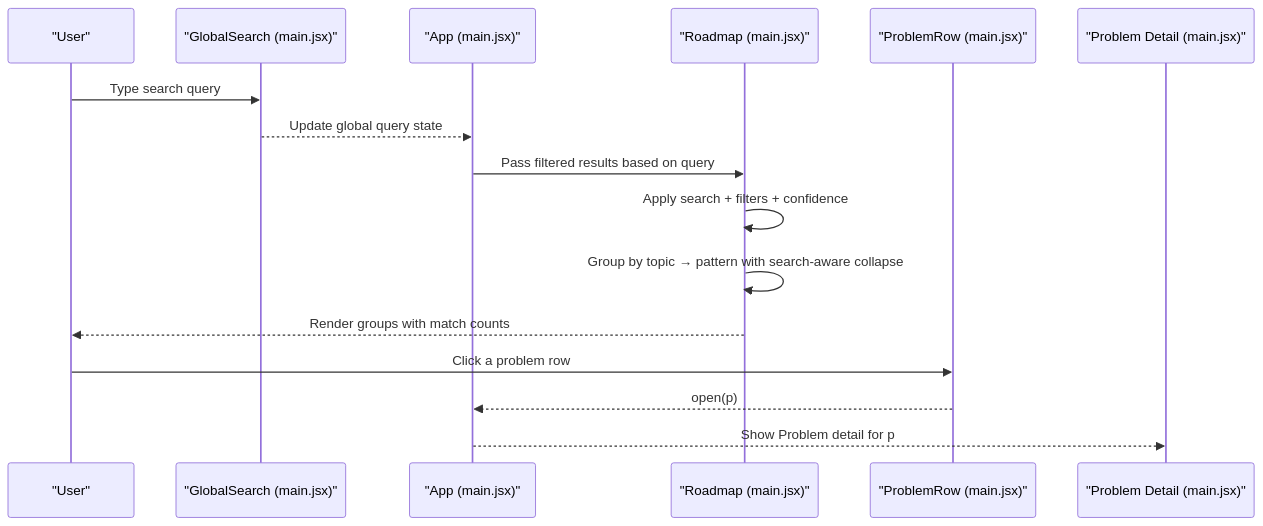
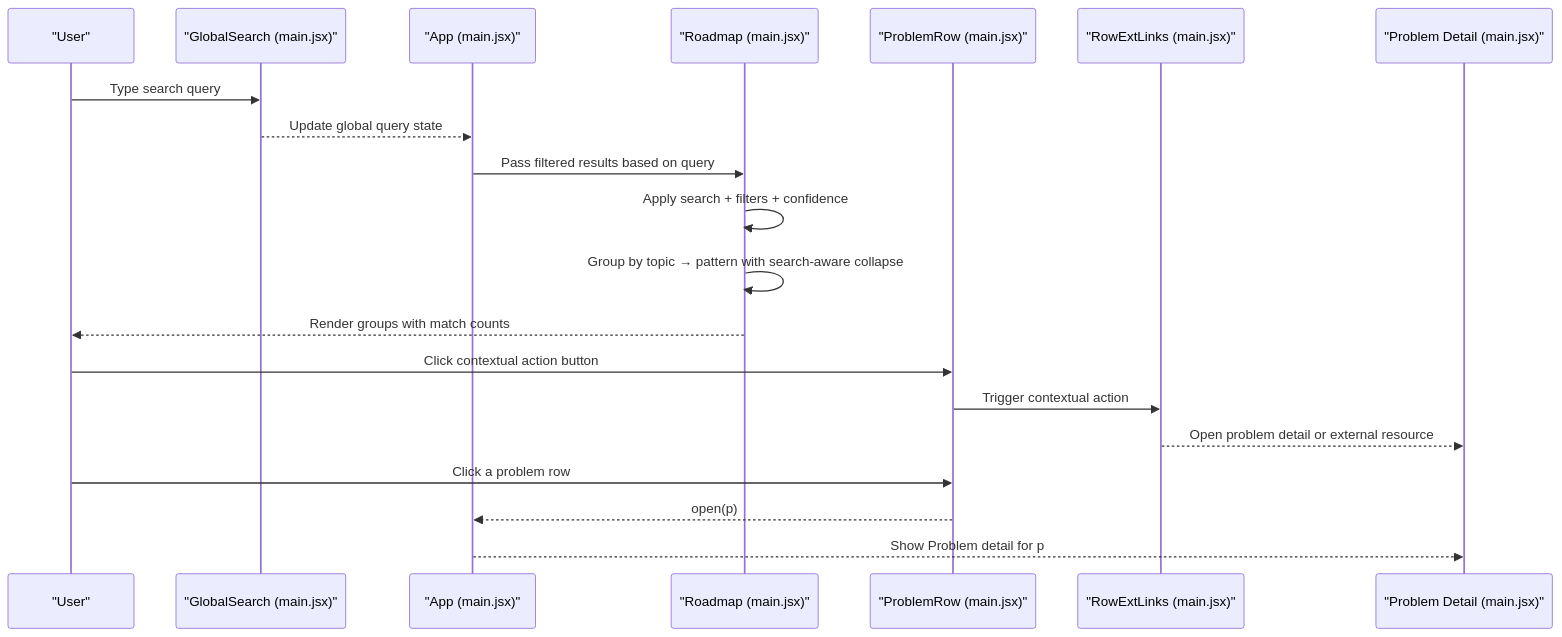
One commit to iamrituraj/DSA-Tracker changed the second of 11 diagrams in .qoder/repowiki/en/content/Frontend Application/Roadmap Component.md. Above: the diagram before and after it, drawn with Mermaid. The commit also changed other lines of this file and 21 other files, not shown here.

````diff
--- a/.qoder/repowiki/en/content/Frontend Application/Roadmap Component.md
+++ b/.qoder/repowiki/en/content/Frontend Application/Roadmap Component.md
@@ -91,18 +94,22 @@
 ```mermaid
 sequenceDiagram
 participant U as "User"
 participant GS as "GlobalSearch (main.jsx)"
 participant App as "App (main.jsx)"
 participant RM as "Roadmap (main.jsx)"
 participant PR as "ProblemRow (main.jsx)"
+participant REL as "RowExtLinks (main.jsx)"
 participant Det as "Problem Detail (main.jsx)"
 U->>GS : Type search query
 GS-->>App : Update global query state
 App->>RM : Pass filtered results based on query
 RM->>RM : Apply search + filters + confidence
 RM->>RM : Group by topic → pattern with search-aware collapse
 RM-->>U : Render groups with match counts
+U->>PR : Click contextual action button
+PR->>REL : Trigger contextual action
+REL-->>Det : Open problem detail or external resource
 U->>PR : Click a problem row
 PR-->>App : open(p)
 App-->>Det : Show Problem detail for p
 ```
````
